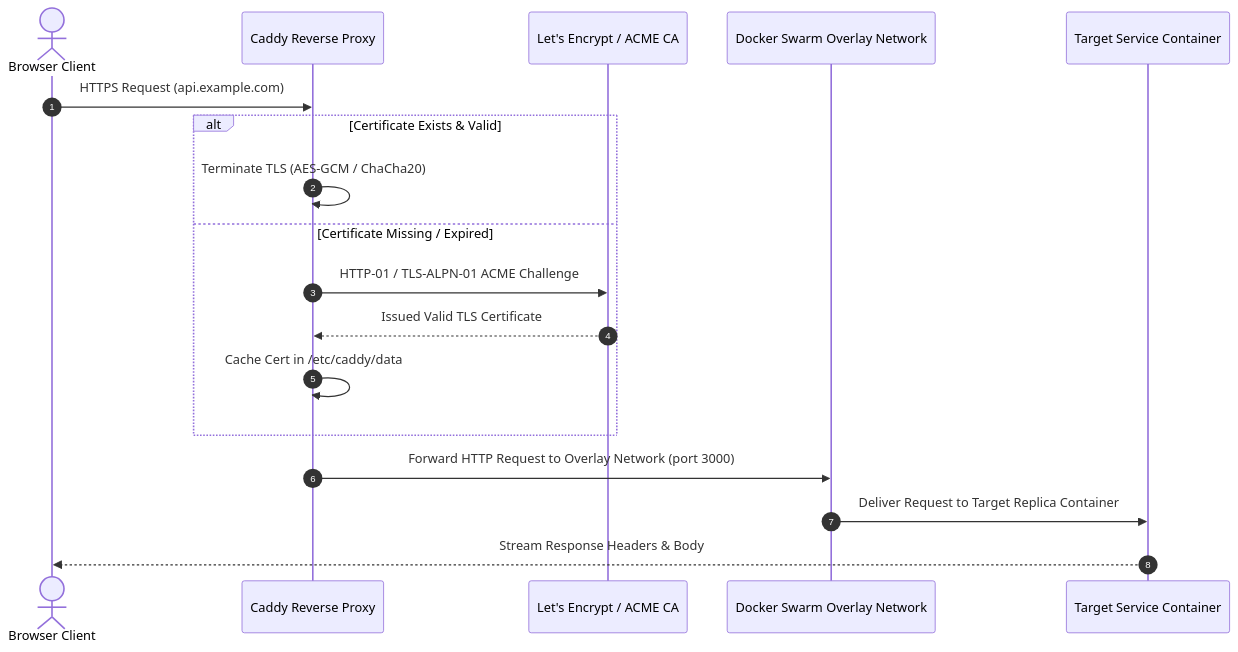
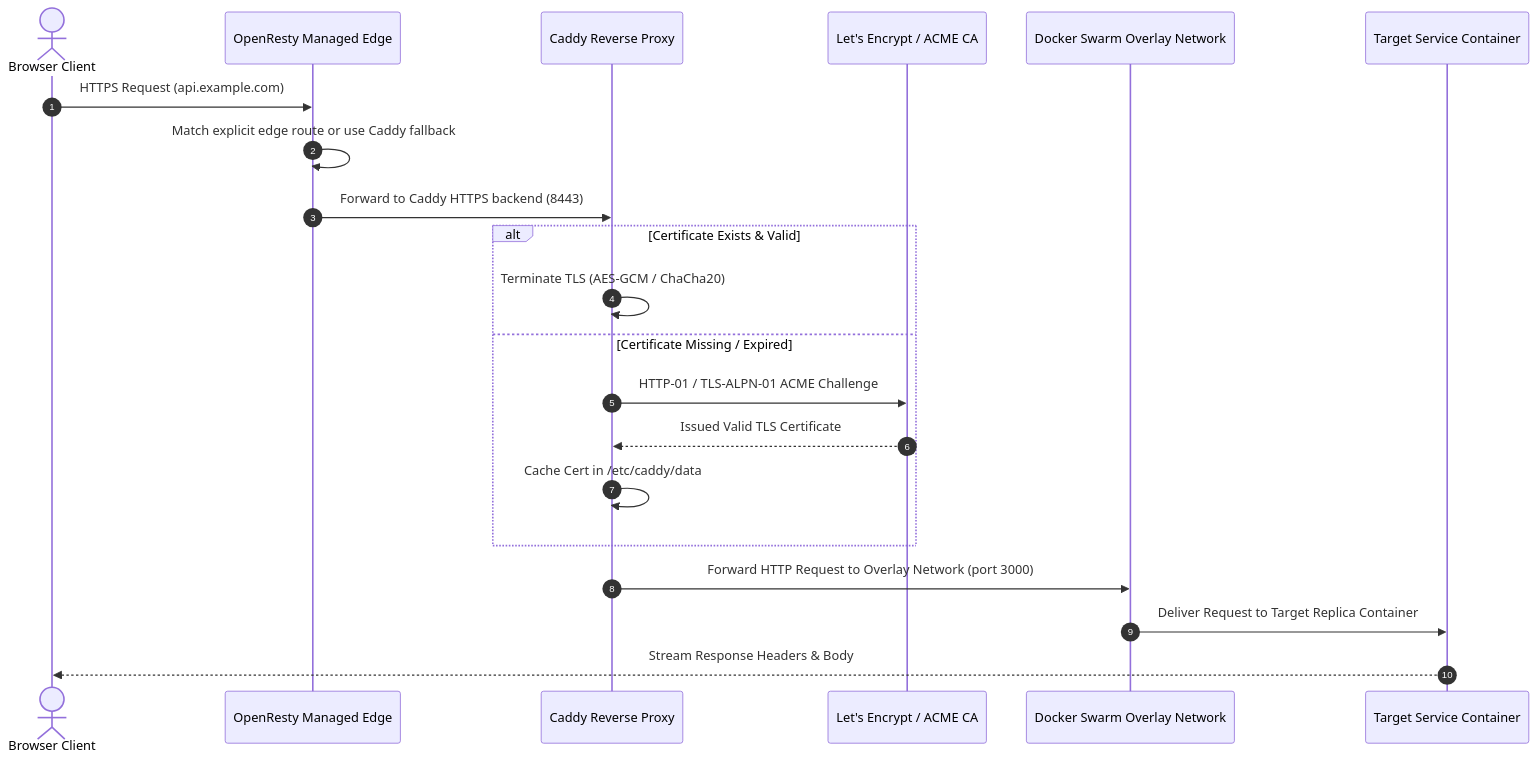
One commit to UpstandPlatform/upstand changed the first of 2 diagrams in apps/fumadocs/content/docs/features/routing.mdx. Above: the diagram before and after it, drawn with Mermaid. The commit also changed other lines of this file and 543 other files, not shown here.

````diff
--- a/apps/fumadocs/content/docs/features/routing.mdx
+++ b/apps/fumadocs/content/docs/features/routing.mdx
@@ -115,21 +137,24 @@
 ```mermaid
 sequenceDiagram
     autonumber
     actor Client as Browser Client
+    participant Edge as OpenResty Managed Edge
     participant Caddy as Caddy Reverse Proxy
     participant ACME as Let's Encrypt / ACME CA
     participant Swarm as Docker Swarm Overlay Network
     participant App as Target Service Container
 
-    Client->>Caddy: HTTPS Request (api.example.com)
+    Client->>Edge: HTTPS Request (api.example.com)
+    Edge->>Edge: Match explicit edge route or use Caddy fallback
+    Edge->>Caddy: Forward to Caddy HTTPS backend (8443)
     alt Certificate Exists & Valid
         Caddy->>Caddy: Terminate TLS (AES-GCM / ChaCha20)
     else Certificate Missing / Expired
         Caddy->>ACME: HTTP-01 / TLS-ALPN-01 ACME Challenge
         ACME-->>Caddy: Issued Valid TLS Certificate
         Caddy->>Caddy: Cache Cert in /etc/caddy/data
     end
     Caddy->>Swarm: Forward HTTP Request to Overlay Network (port 3000)
     Swarm->>App: Deliver Request to Target Replica Container
     App-->>Client: Stream Response Headers & Body
 ```
````
